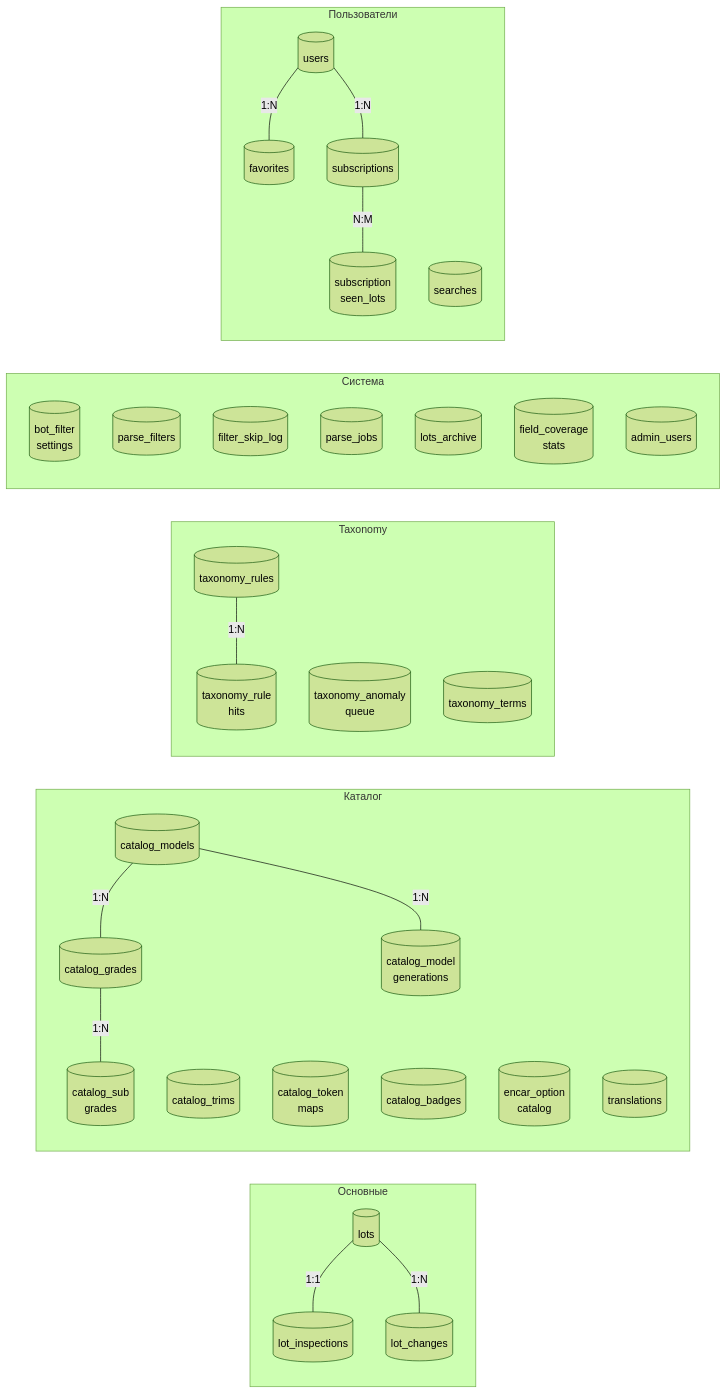
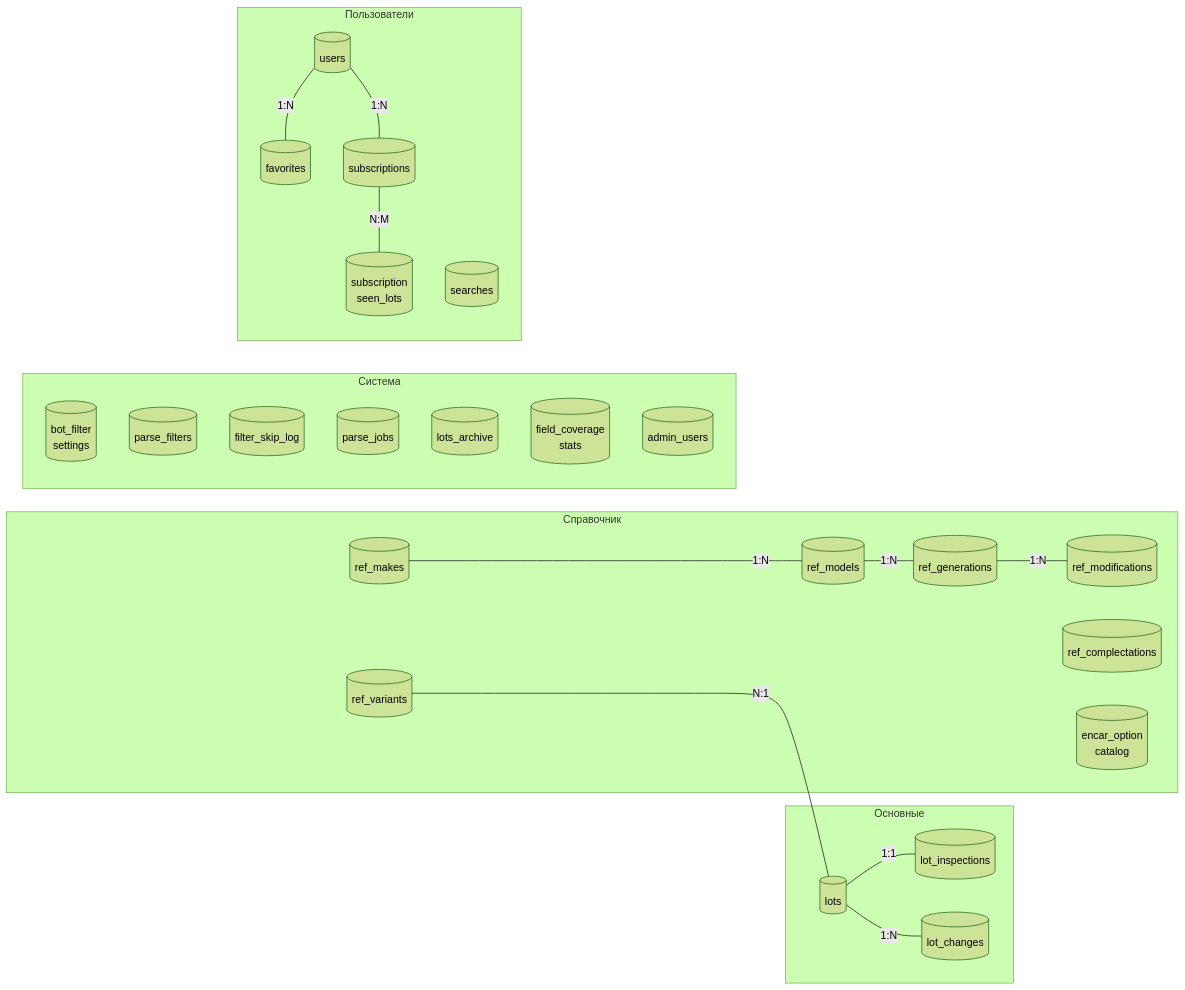
One commit to ArtyomKoshel/carbotacrchi changed the diagram in docs/03-database.md. Above: the diagram before and after it, drawn with Mermaid (forest theme). The commit also changed other lines of this file and 63 other files, not shown here.

````diff
--- a/docs/03-database.md
+++ b/docs/03-database.md
@@ -9,55 +9,47 @@
 ```mermaid
 flowchart LR
     subgraph CORE["Основные"]
         LOTS[(lots)]
         INSP[(lot_inspections)]
         CHG[(lot_changes)]
     end
 
-    subgraph CAT["Каталог"]
-        CM[(catalog_models)]
-        CG[(catalog_grades)]
-        CGN[(catalog_model\ngenerations)]
-        CT[(catalog_trims)]
-        CTM[(catalog_token\nmaps)]
-        CSG[(catalog_sub\ngrades)]
-        CB[(catalog_badges)]
-        EOC[(encar_option\ncatalog)]
-        TR[(translations)]
-    end
-
-    subgraph TAX["Taxonomy"]
-        TRU[(taxonomy_rules)]
-        TRH[(taxonomy_rule\nhits)]
-        TAQ[(taxonomy_anomaly\nqueue)]
-        TT[(taxonomy_terms)]
+    subgraph REF["Справочник"]
+        RM[(ref_makes)]
+        RMO[(ref_models)]
+        RG[(ref_generations)]
+        RD[(ref_modifications)]
+        RC[(ref_complectations)]
+        RV[(ref_variants)]
+        EOC[(encar_option
+catalog)]
     end
 
     subgraph SYS["Система"]
         BFS[(bot_filter\nsettings)]
         PF[(parse_filters)]
         FSL[(filter_skip_log)]
         PJ[(parse_jobs)]
         LA[(lots_archive)]
         FCS[(field_coverage\nstats)]
         AU[(admin_users)]
     end
 
     subgraph USR["Пользователи"]
         U[(users)]
         S[(searches)]
         F[(favorites)]
         SUB[(subscriptions)]
         SSL[(subscription\nseen_lots)]
     end
 
     LOTS ---|1:1| INSP
     LOTS ---|1:N| CHG
-    CM ---|1:N| CG
-    CM ---|1:N| CGN
-    CG ---|1:N| CSG
-    TRU ---|1:N| TRH
+    RM ---|1:N| RMO
+    RMO ---|1:N| RG
+    RG ---|1:N| RD
+    RV ---|N:1| LOTS
     U ---|1:N| F
     U ---|1:N| SUB
     SUB ---|N:M| SSL
 ```
````
